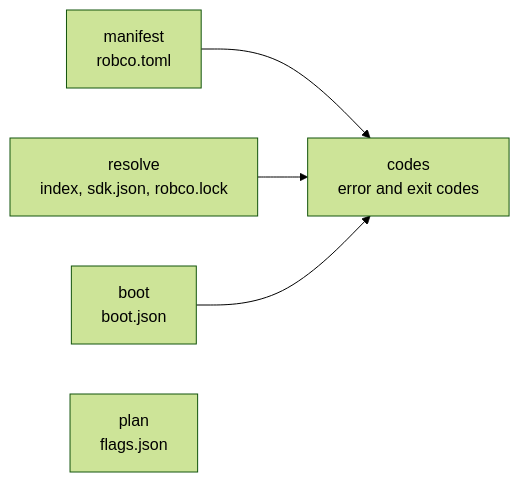
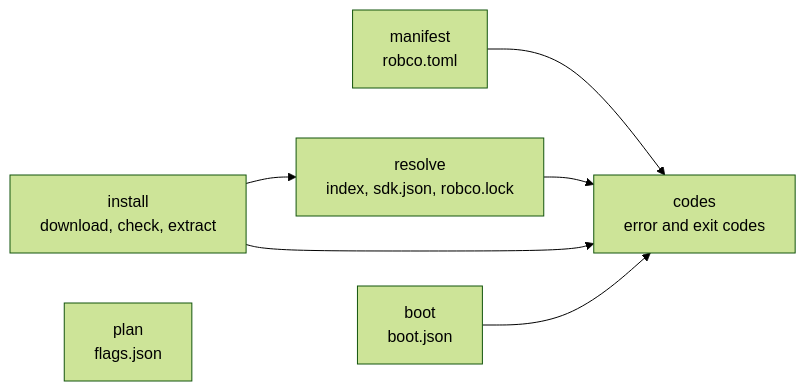
Before and after one commit to RobCo-Industries/RobCo-Studio: the second of 3 diagrams in docs/ARCHITECTURE.md, drawn with Mermaid (forest theme). The commit also changed other lines of this file and 9 other files, not shown here.

````diff
--- a/docs/ARCHITECTURE.md
+++ b/docs/ARCHITECTURE.md
@@ -23,8 +23,10 @@
 ```mermaid
 flowchart LR
     MAN["manifest<br/>robco.toml"] --> CODES
     RES["resolve<br/>index, sdk.json, robco.lock"] --> CODES
+    INS["install<br/>download, check, extract"] --> RES
+    INS --> CODES
     BOOT["boot<br/>boot.json"] --> CODES
     PLAN["plan<br/>flags.json"]
     CODES["codes<br/>error and exit codes"]
 ```
````
